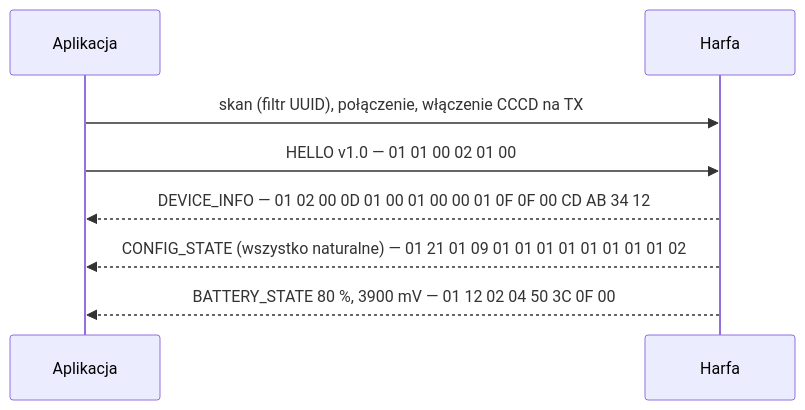
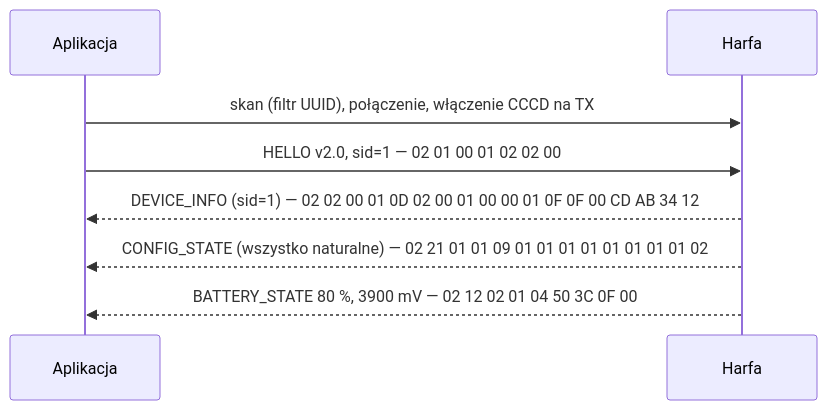
One commit to emnealyn/HARFA changed the first of 9 diagrams in docs/protocol/ble-protocol.md. Above: the diagram before and after it, drawn with Mermaid. The commit also changed other lines of this file and 3 other files, not shown here.

````diff
--- a/docs/protocol/ble-protocol.md
+++ b/docs/protocol/ble-protocol.md
@@ -393,10 +433,10 @@
 ```mermaid
 sequenceDiagram
     participant A as Aplikacja
     participant H as Harfa
     A->>H: skan (filtr UUID), połączenie, włączenie CCCD na TX
-    A->>H: HELLO v1.0 — 01 01 00 02 01 00
-    H-->>A: DEVICE_INFO — 01 02 00 0D 01 00 01 00 00 01 0F 0F 00 CD AB 34 12
-    H-->>A: CONFIG_STATE (wszystko naturalne) — 01 21 01 09 01 01 01 01 01 01 01 01 02
-    H-->>A: BATTERY_STATE 80 %, 3900 mV — 01 12 02 04 50 3C 0F 00
+    A->>H: HELLO v2.0, sid=1 — 02 01 00 01 02 02 00
+    H-->>A: DEVICE_INFO (sid=1) — 02 02 00 01 0D 02 00 01 00 00 01 0F 0F 00 CD AB 34 12
+    H-->>A: CONFIG_STATE (wszystko naturalne) — 02 21 01 01 09 01 01 01 01 01 01 01 01 02
+    H-->>A: BATTERY_STATE 80 %, 3900 mV — 02 12 02 01 04 50 3C 0F 00
 ```
````
